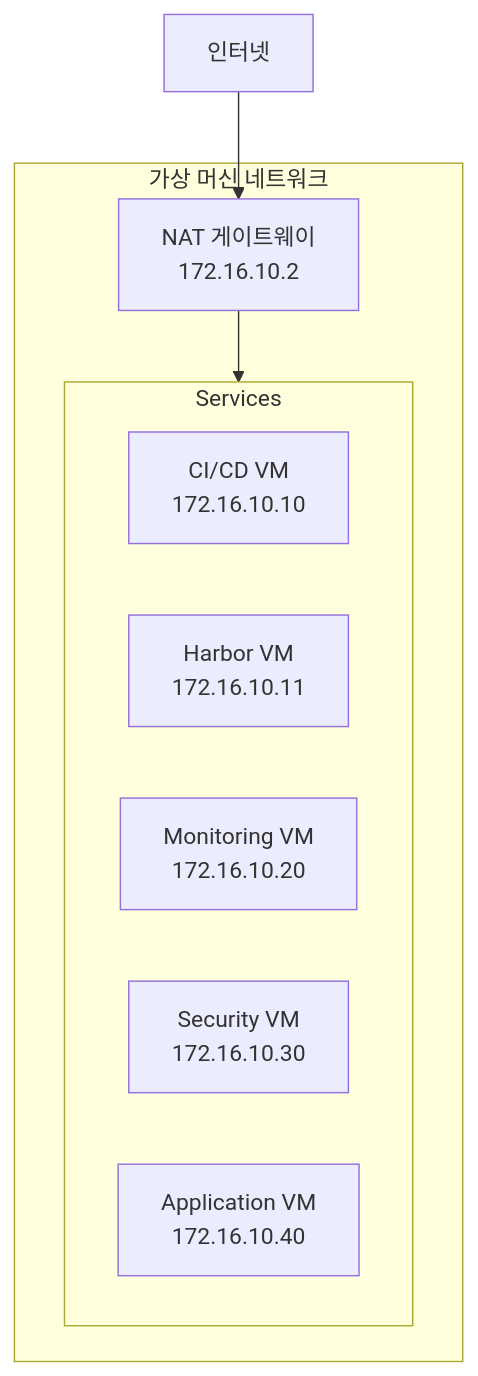
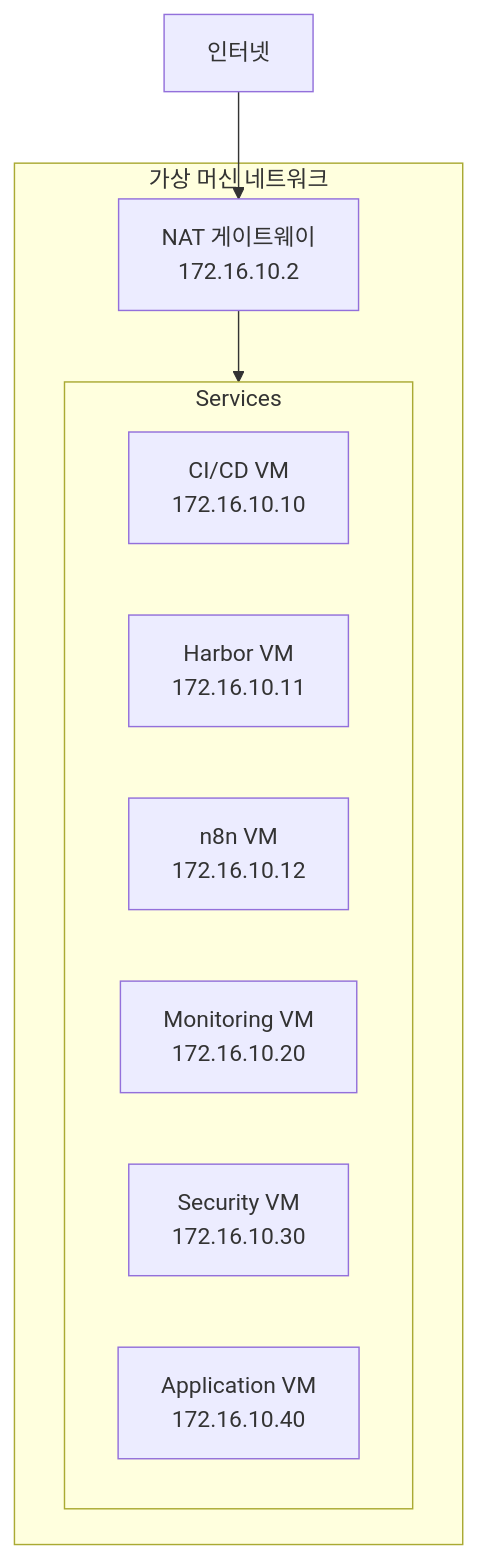
The first of 2 diagrams in 시스텝 구성도.md (cnf-kunkin/docker-compose), drawn with Mermaid before and after one commit. The commit also changed other lines of this file and 7 other files, not shown here.

````diff
--- a/시스텝 구성도.md
+++ b/시스텝 구성도.md
@@ -27,16 +32,17 @@
 ```mermaid
 graph TB
     Internet["인터넷"] --> Gateway["NAT 게이트웨이<br>172.16.10.2"]
     
     subgraph VMs["가상 머신 네트워크"]
         Gateway --> Services["서비스 VM들"]
         
         subgraph Services
             CICD["CI/CD VM<br>172.16.10.10"]
             HARBOR["Harbor VM<br>172.16.10.11"]
+            N8N["n8n VM<br>172.16.10.12"]
             MON["Monitoring VM<br>172.16.10.20"]
             SEC["Security VM<br>172.16.10.30"]
             APP["Application VM<br>172.16.10.40"]
         end
     end
 ```
````
